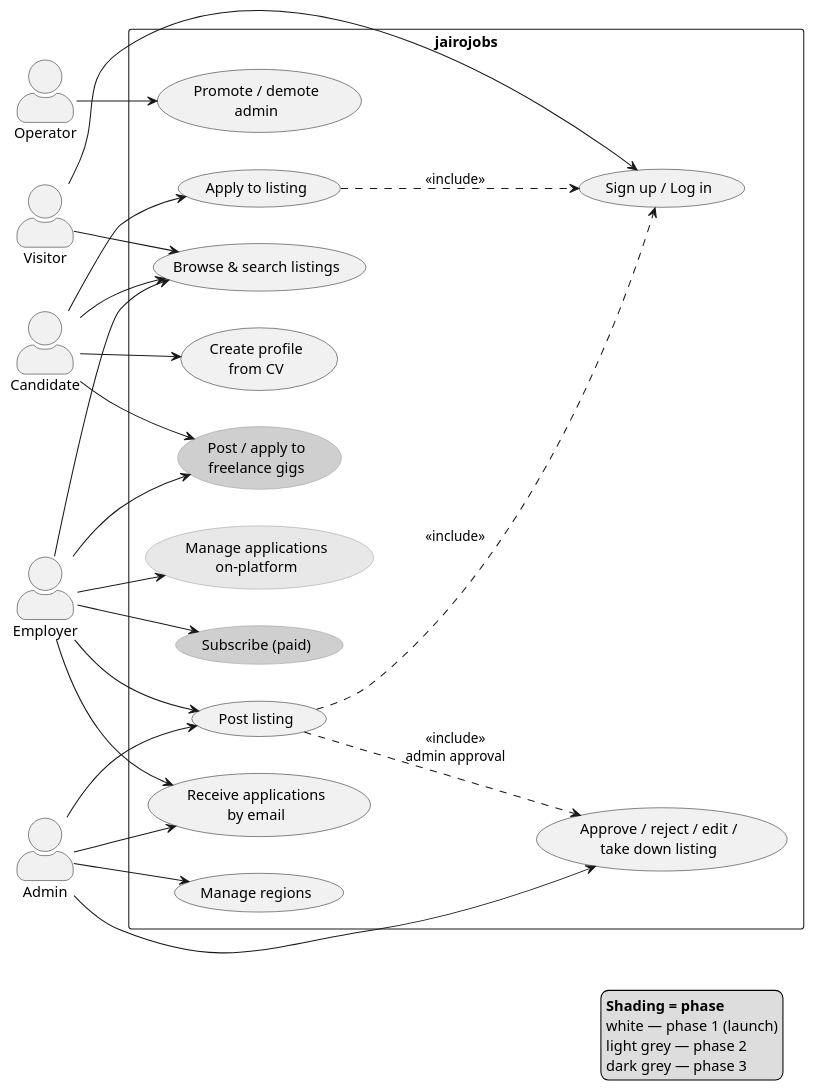
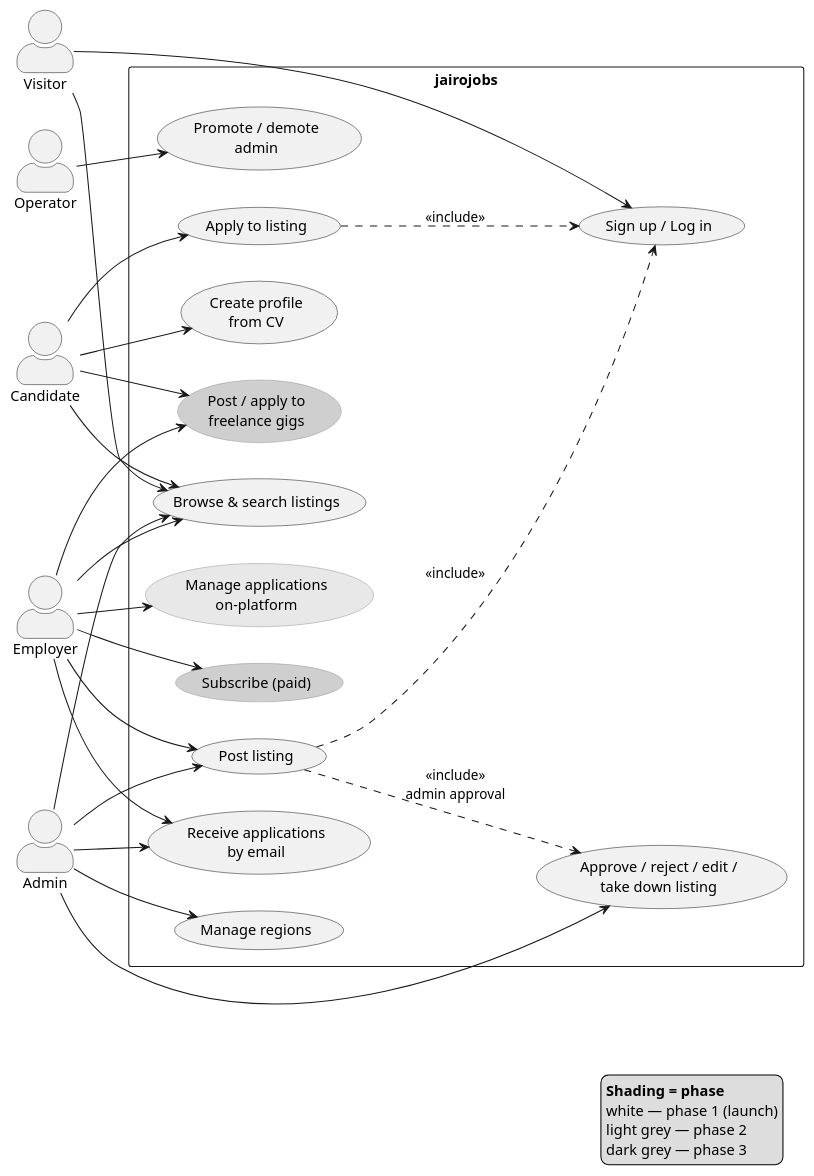
The diagram in docs/architecture/diagrams/src/usecase-product.puml (raseniero/jairojobs-elixir), drawn with PlantUML before and after one commit. The commit also changed 3 other files, not shown here.

Commit message:
docs(spec 000): use case diagram links the Admin to "Browse & search listings", as the capability table says

```diff
--- a/docs/architecture/diagrams/src/usecase-product.puml
+++ b/docs/architecture/diagrams/src/usecase-product.puml
@@ -1,70 +1,71 @@
 @startuml usecase-product
 ' Product-level use case diagram — who can do what.
 ' Source of truth: docs/specs/000-product-overview/spec.md (personas + access matrix + feature map)
 ' Render: scripts/render-diagrams.sh
 
 left to right direction
 skinparam actorStyle awesome
 hide stereotype
 skinparam usecase {
   BackgroundColor<<phase2>> #E8E8E8
   BackgroundColor<<phase3>> #CFCFCF
   BorderColor<<phase2>> #999999
   BorderColor<<phase3>> #999999
 }
 
 actor Visitor
 actor Candidate
 actor Employer
 actor Admin
 actor Operator
 
 rectangle "jairojobs" {
   usecase "Browse & search listings" as UC1
   usecase "Sign up / Log in" as UC2
   usecase "Create profile\nfrom CV" as UC3
   usecase "Apply to listing" as UC4
   usecase "Post listing" as UC5
   usecase "Receive applications\nby email" as UC6
   usecase "Approve / reject / edit /\ntake down listing" as UC7
   usecase "Manage regions" as UC8
   usecase "Promote / demote\nadmin" as UC9
   usecase "Manage applications\non-platform" as UC10 <<phase2>>
   usecase "Subscribe (paid)" as UC11 <<phase3>>
   usecase "Post / apply to\nfreelance gigs" as UC12 <<phase3>>
 }
 
 Visitor --> UC1
 Visitor --> UC2
 
 Candidate --> UC1
 Candidate --> UC3
 Candidate --> UC4
 Candidate --> UC12
 
 Employer --> UC1
 Employer --> UC5
 Employer --> UC6
 Employer --> UC10
 Employer --> UC11
 Employer --> UC12
 
+Admin --> UC1
 Admin --> UC7
 Admin --> UC8
 Admin --> UC5
 Admin --> UC6
 
 Operator --> UC9
 
 UC4 ..> UC2 : <<include>>
 UC5 ..> UC2 : <<include>>
 UC5 ..> UC7 : <<include>>\nadmin approval
 
 legend right
   **Shading = phase**
   white — phase 1 (launch)
   light grey — phase 2
   dark grey — phase 3
 endlegend
 
 @enduml
```
